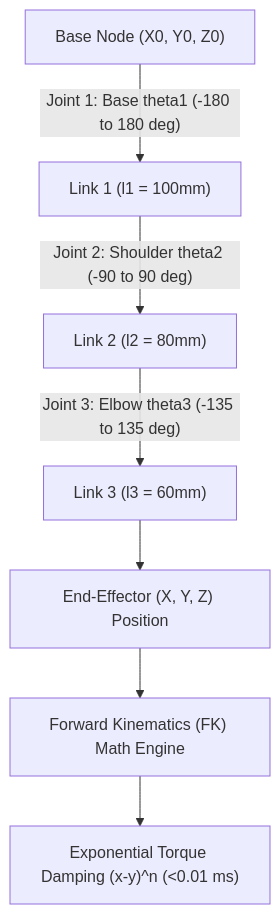
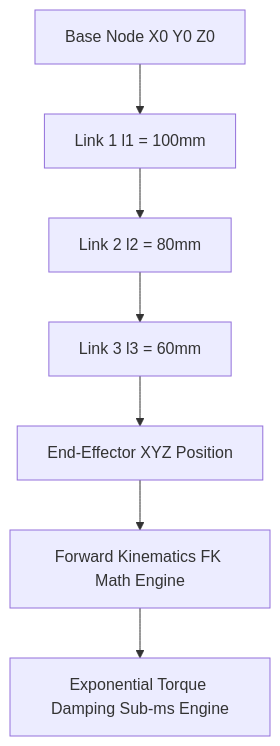
The third of 6 diagrams in README.md (SamuelPurba/Rumus-Perpangkatan-Universal-4.0), drawn with Mermaid before and after one commit. The commit also changed other lines of this file, not shown here.

Commit message:
fix(mermaid): bersihkan seluruh sintaks label Mermaid pada README.md agar 100% valid di GitHub Markdown

````diff
--- a/README.md
+++ b/README.md
@@ -298,10 +298,10 @@
 ```mermaid
 graph TD
-    BASE["Base Node (X0, Y0, Z0)"] -- "Joint 1: Base theta1 (-180 to 180 deg)" --> LINK1["Link 1 (l1 = 100mm)"]
-    LINK1 -- "Joint 2: Shoulder theta2 (-90 to 90 deg)" --> LINK2["Link 2 (l2 = 80mm)"]
-    LINK2 -- "Joint 3: Elbow theta3 (-135 to 135 deg)" --> LINK3["Link 3 (l3 = 60mm)"]
-    LINK3 --> EE["End-Effector (X, Y, Z) Position"]
+    BASE["Base Node X0 Y0 Z0"] --> LINK1["Link 1 l1 = 100mm"]
+    LINK1 --> LINK2["Link 2 l2 = 80mm"]
+    LINK2 --> LINK3["Link 3 l3 = 60mm"]
+    LINK3 --> EE["End-Effector XYZ Position"]
     
-    EE --> FK_SOLVER["Forward Kinematics (FK) Math Engine"]
-    FK_SOLVER --> DAMPING["Exponential Torque Damping (x-y)^n (<0.01 ms)"]
+    EE --> FK_SOLVER["Forward Kinematics FK Math Engine"]
+    FK_SOLVER --> DAMPING["Exponential Torque Damping Sub-ms Engine"]
 ```
````
